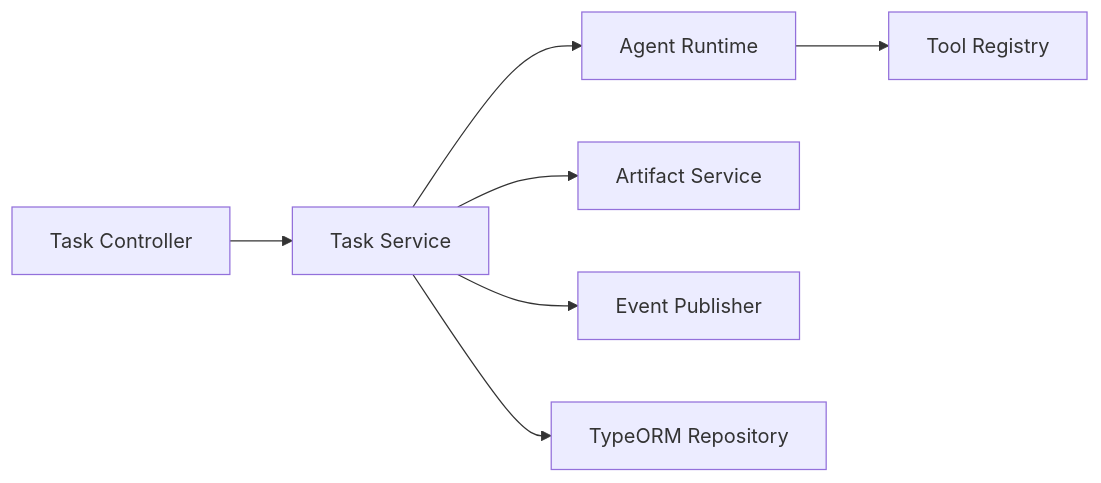
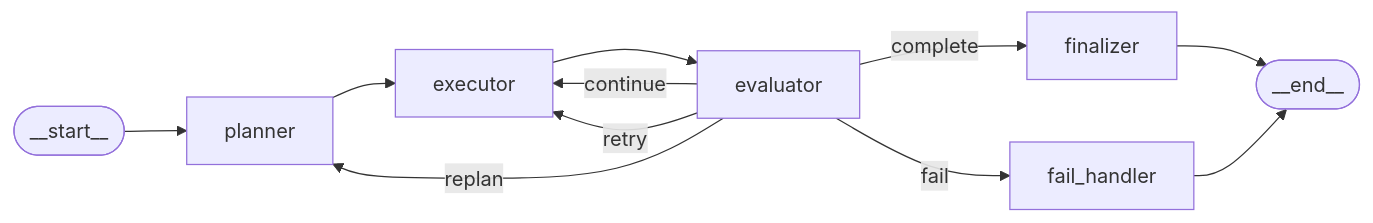
The fifth of 6 diagrams in docs/简易版-Manus-技术方案总览.md (iceberg211/ai-agent-course-code), drawn with Mermaid before and after one commit. The commit also changed other lines of this file and 4 other files, not shown here.

````diff
--- a/docs/简易版-Manus-技术方案总览.md
+++ b/docs/简易版-Manus-技术方案总览.md
@@ -525,9 +312,13 @@
 ```mermaid
 flowchart LR
-    A["Task Controller"] --> B["Task Service"]
-    B --> C["Agent Runtime"]
-    C --> D["Tool Registry"]
-    B --> E["Artifact Service"]
-    B --> F["Event Publisher"]
-    B --> G["TypeORM Repository"]
+    START(["__start__"]) --> P["planner"]
+    P --> E["executor"]
+    E --> EV["evaluator"]
+    EV -->|continue| E
+    EV -->|retry| E
+    EV -->|replan| P
+    EV -->|complete| F["finalizer"]
+    EV -->|fail| FH["fail_handler"]
+    F --> END(["__end__"])
+    FH --> END
 ```
````
